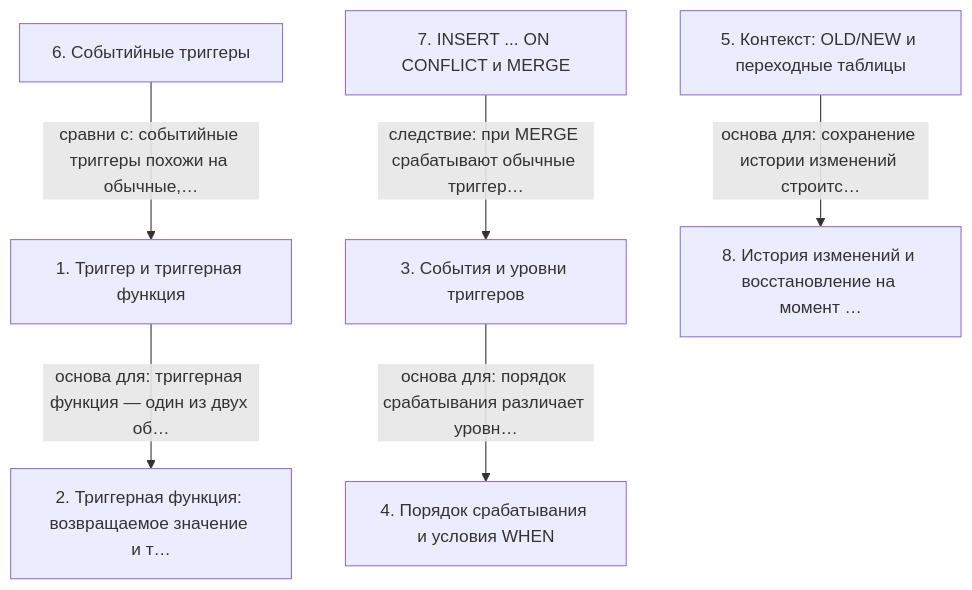
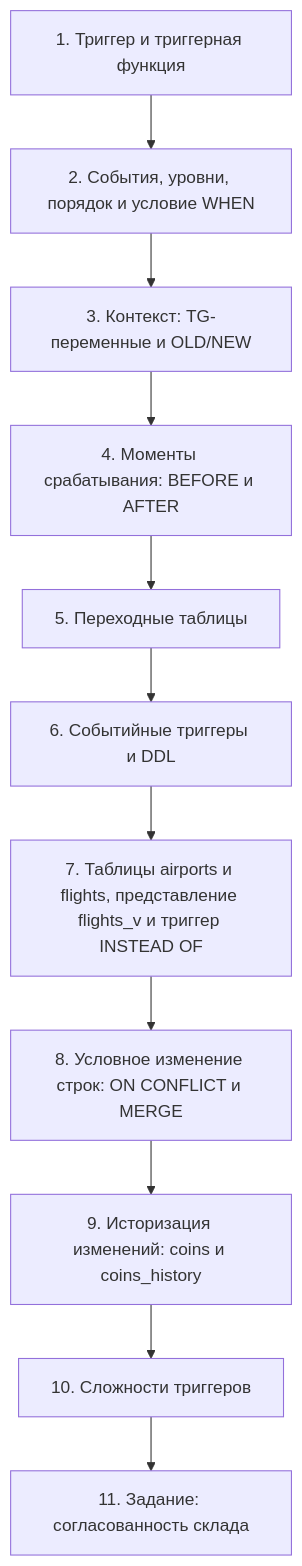
The diagram in postgres-dev1/18 - DEV1-16. 17. Триггеры/notes.md (AsoloCode/notes), drawn with Mermaid before and after one commit. The commit also changed other lines of this file and 503 other files, not shown here.

First line of the commit message:
Обновить конспекты PostgreSQL (QPT-16, DEV1-16): слайды, схемы, факт-чек

````diff
--- a/postgres-dev1/18 - DEV1-16. 17. Триггеры/notes.md
+++ b/postgres-dev1/18 - DEV1-16. 17. Триггеры/notes.md
@@ -115,16 +775,24 @@
 ```mermaid
 flowchart TD
     n1["1. Триггер и триггерная функция"]
-    n2["2. Триггерная функция: возвращаемое значение и т…"]
-    n3["3. События и уровни триггеров"]
-    n4["4. Порядок срабатывания и условия WHEN"]
-    n5["5. Контекст: OLD/NEW и переходные таблицы"]
-    n6["6. Событийные триггеры"]
-    n7["7. INSERT ... ON CONFLICT и MERGE"]
-    n8["8. История изменений и восстановление на момент …"]
-    n1 -->|основа для: триггерная функция — один из двух об…| n2
-    n3 -->|основа для: порядок срабатывания различает уровн…| n4
-    n5 -->|основа для: сохранение истории изменений строитс…| n8
-    n6 -->|сравни с: событийные триггеры похожи на обычные,…| n1
-    n7 -->|следствие: при MERGE срабатывают обычные триггер…| n3
+    n2["2. События, уровни, порядок и условие WHEN"]
+    n3["3. Контекст: TG-переменные и OLD/NEW"]
+    n4["4. Моменты срабатывания: BEFORE и AFTER"]
+    n5["5. Переходные таблицы"]
+    n6["6. Событийные триггеры и DDL"]
+    n7["7. Таблицы airports и flights, представление flights_v и триггер INSTEAD OF"]
+    n8["8. Условное изменение строк: ON CONFLICT и MERGE"]
+    n9["9. Историзация изменений: coins и coins_history"]
+    n10["10. Сложности триггеров"]
+    n11["11. Задание: согласованность склада"]
+    n1 --> n2
+    n2 --> n3
+    n3 --> n4
+    n4 --> n5
+    n5 --> n6
+    n6 --> n7
+    n7 --> n8
+    n8 --> n9
+    n9 --> n10
+    n10 --> n11
 ```
````
